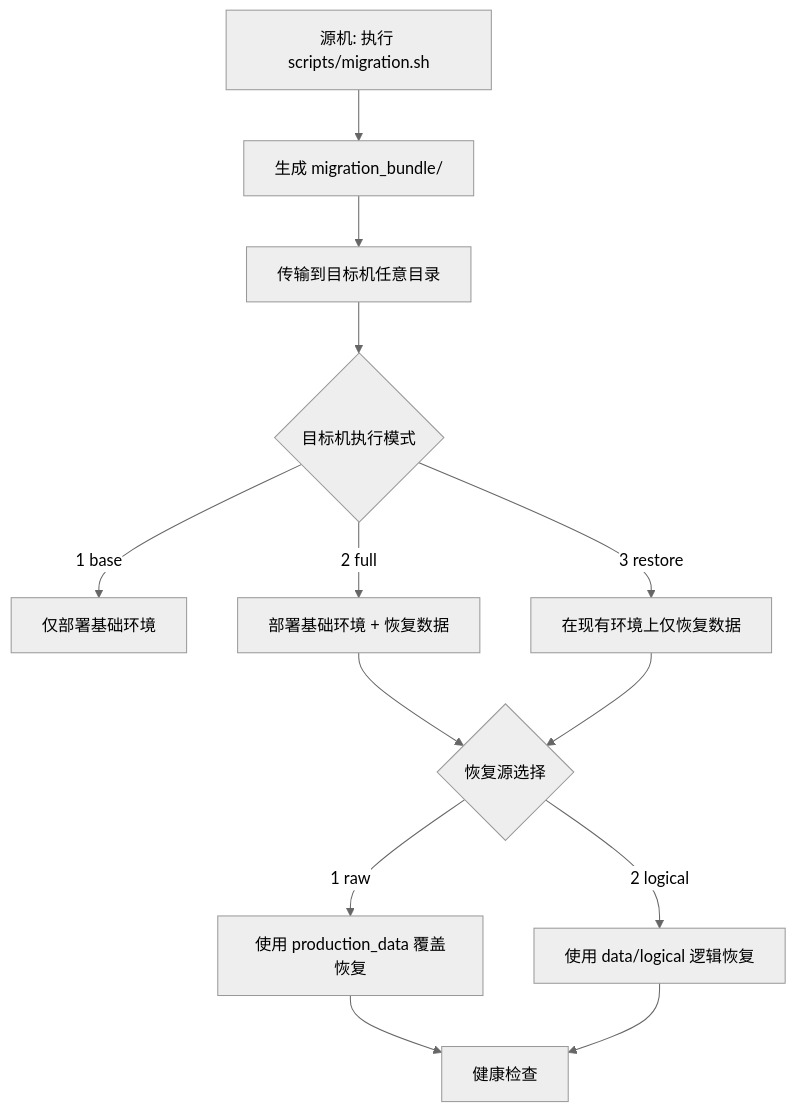
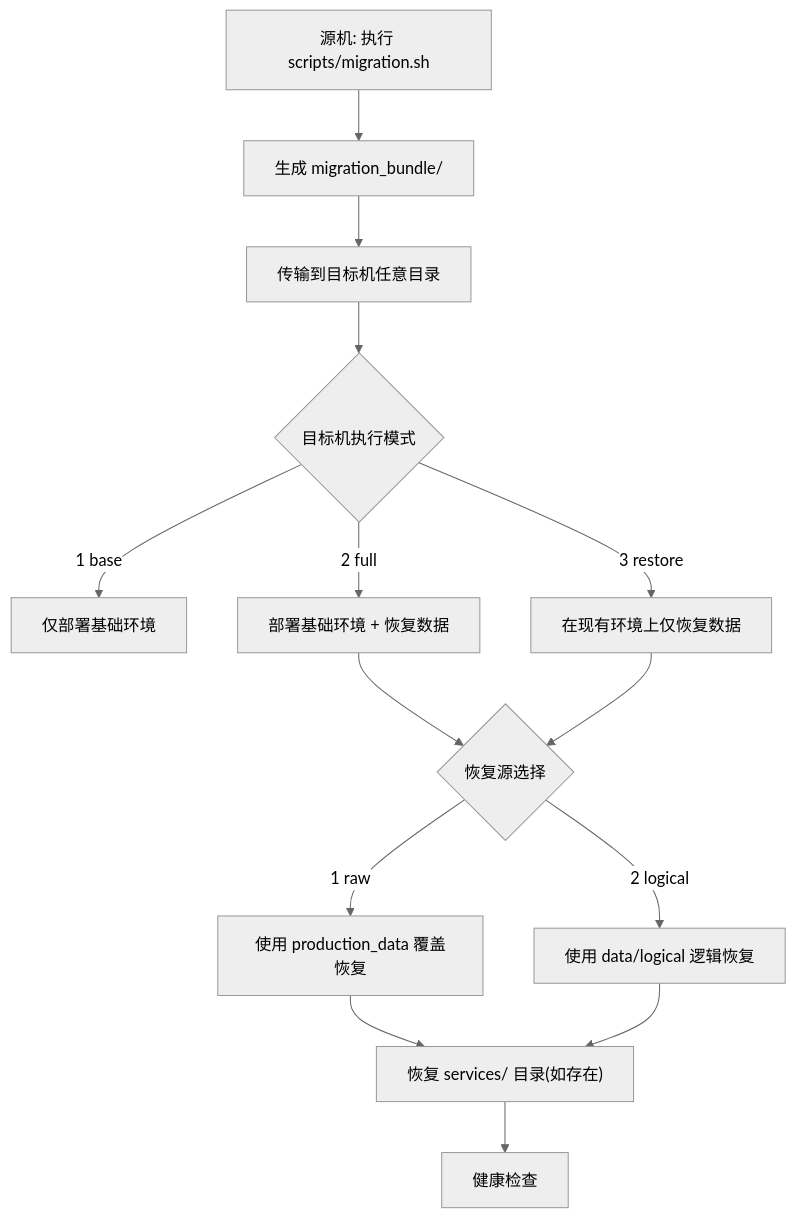
One commit to xiaoyaos/infra-base changed the diagram in migration.md. Above: the diagram before and after it, drawn with Mermaid (neutral theme). The commit also changed other lines of this file and 9 other files, not shown here.

````diff
--- a/migration.md
+++ b/migration.md
@@ -7,15 +7,16 @@
 ```mermaid
 flowchart TD
   A["源机: 执行 scripts/migration.sh"] --> B["生成 migration_bundle/<version>"]
   B --> C["传输到目标机任意目录"]
   C --> D{"目标机执行模式"}
   D -->|1 base| E["仅部署基础环境"]
   D -->|2 full| F["部署基础环境 + 恢复数据"]
   D -->|3 restore| G["在现有环境上仅恢复数据"]
   F --> H{"恢复源选择"}
   G --> H
   H -->|1 raw| I["使用 production_data 覆盖恢复"]
   H -->|2 logical| J["使用 data/logical 逻辑恢复"]
-  I --> K["健康检查"]
-  J --> K
+  I --> X["恢复 services/ 目录(如存在)"]
+  J --> X
+  X --> K["健康检查"]
 ```
````
